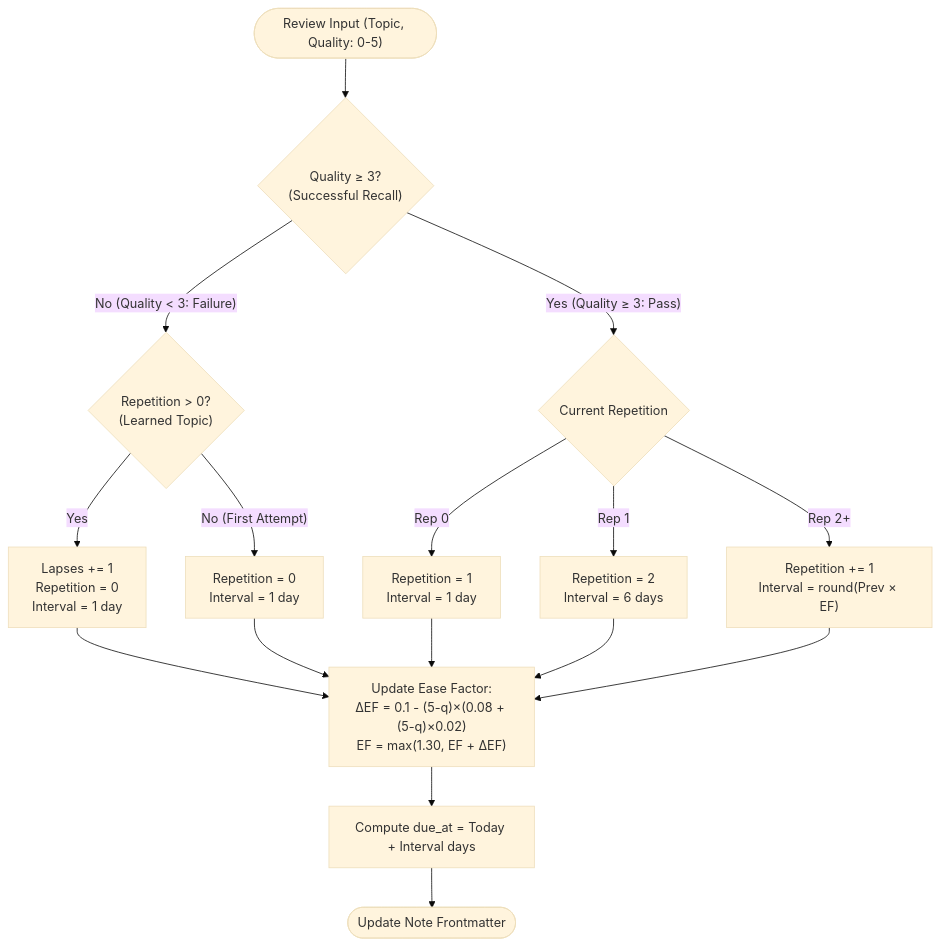
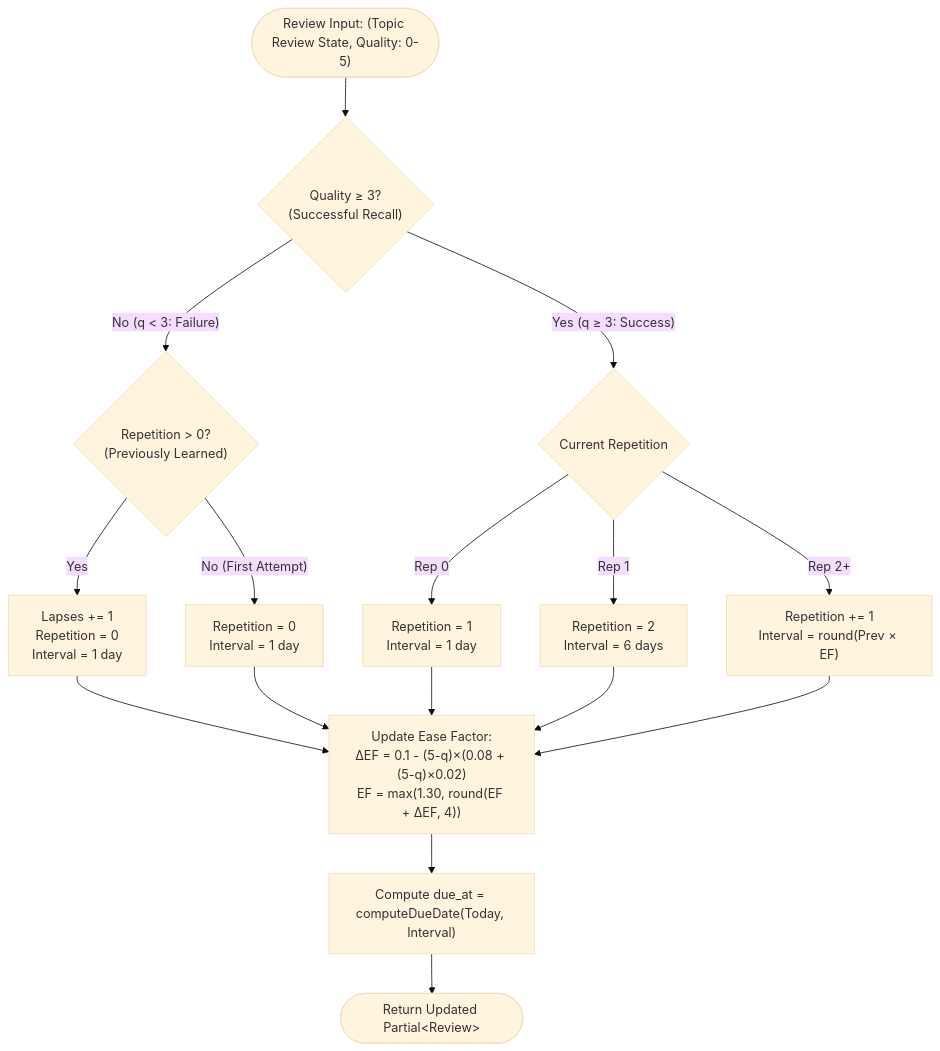
Before and after one commit to Kuldeep2822k/cli: the first of 2 diagrams in docs/03-1-sm2-spaced-repetition-algorithm.md, drawn with Mermaid (base theme). The commit also changed other lines of this file and 27 other files, not shown here.

````diff
--- a/docs/03-1-sm2-spaced-repetition-algorithm.md
+++ b/docs/03-1-sm2-spaced-repetition-algorithm.md
@@ -137,22 +88,25 @@
 ```mermaid
 flowchart TD
-    Start(["Review Input (Topic, Quality: 0-5)"]) --> CheckQ{"Quality &ge; 3?<br/>(Successful Recall)"}
+    Start(["Review Input: (Topic Review State, Quality: 0-5)"]) --> CheckQ{"Quality &ge; 3?<br/>(Successful Recall)"}
     
-    CheckQ -- "No (Quality &lt; 3: Failure)" --> CheckLapse{"Repetition &gt; 0?<br/>(Learned Topic)"}
+    %% Failure Branch
+    CheckQ -- "No (q &lt; 3: Failure)" --> CheckLapse{"Repetition &gt; 0?<br/>(Previously Learned)"}
     CheckLapse -- "Yes" --> LapseInc["Lapses += 1<br/>Repetition = 0<br/>Interval = 1 day"]
     CheckLapse -- "No (First Attempt)" --> LapseNoInc["Repetition = 0<br/>Interval = 1 day"]
     
-    CheckQ -- "Yes (Quality &ge; 3: Pass)" --> CheckRep{"Current Repetition"}
+    %% Success Branch
+    CheckQ -- "Yes (q &ge; 3: Success)" --> CheckRep{"Current Repetition"}
     CheckRep -- "Rep 0" --> Rep1["Repetition = 1<br/>Interval = 1 day"]
     CheckRep -- "Rep 1" --> Rep2["Repetition = 2<br/>Interval = 6 days"]
     CheckRep -- "Rep 2+" --> RepN["Repetition += 1<br/>Interval = round(Prev &times; EF)"]
     
-    LapseInc --> UpdateEF["Update Ease Factor:<br/>&Delta;EF = 0.1 - (5-q)&times;(0.08 + (5-q)&times;0.02)<br/>EF = max(1.30, EF + &Delta;EF)"]
+    %% Convergence & EF Update
+    LapseInc --> UpdateEF["Update Ease Factor:<br/>&Delta;EF = 0.1 - (5-q)&times;(0.08 + (5-q)&times;0.02)<br/>EF = max(1.30, round(EF + &Delta;EF, 4))"]
     LapseNoInc --> UpdateEF
     Rep1 --> UpdateEF
     Rep2 --> UpdateEF
     RepN --> UpdateEF
     
-    UpdateEF --> Schedule["Compute due_at = Today + Interval days"]
-    Schedule --> Done(["Update Note Frontmatter"])
+    UpdateEF --> Schedule["Compute due_at = computeDueDate(Today, Interval)"]
+    Schedule --> Done(["Return Updated Partial&lt;Review&gt;"])
 ```
````
